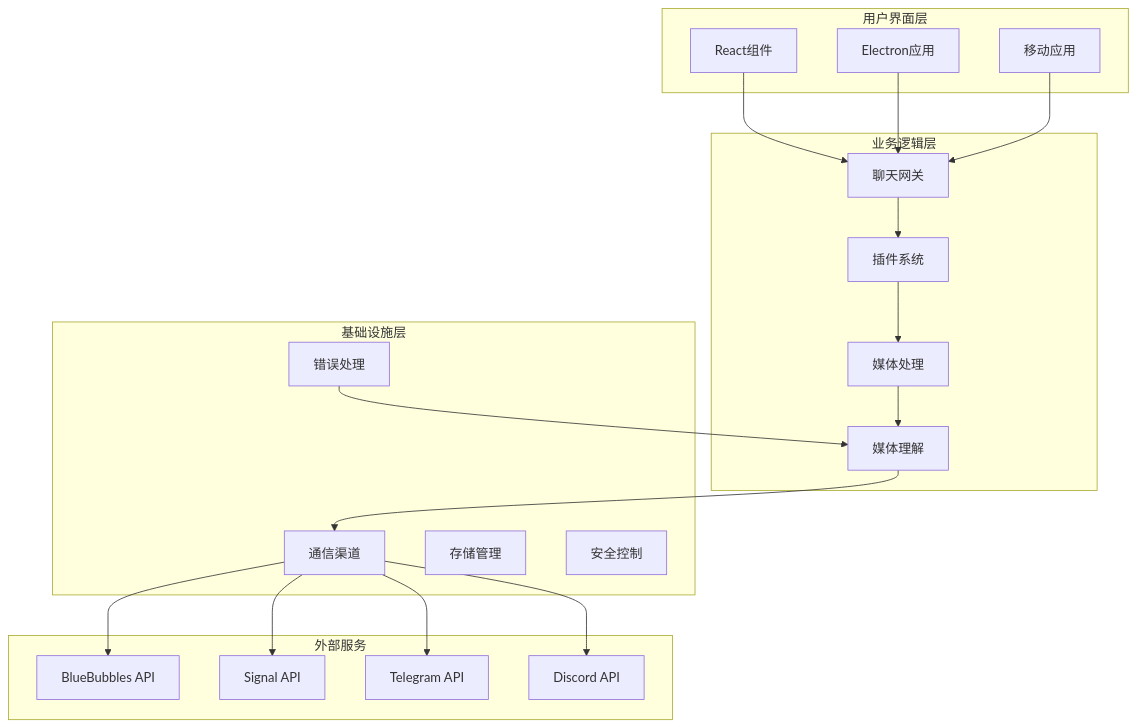
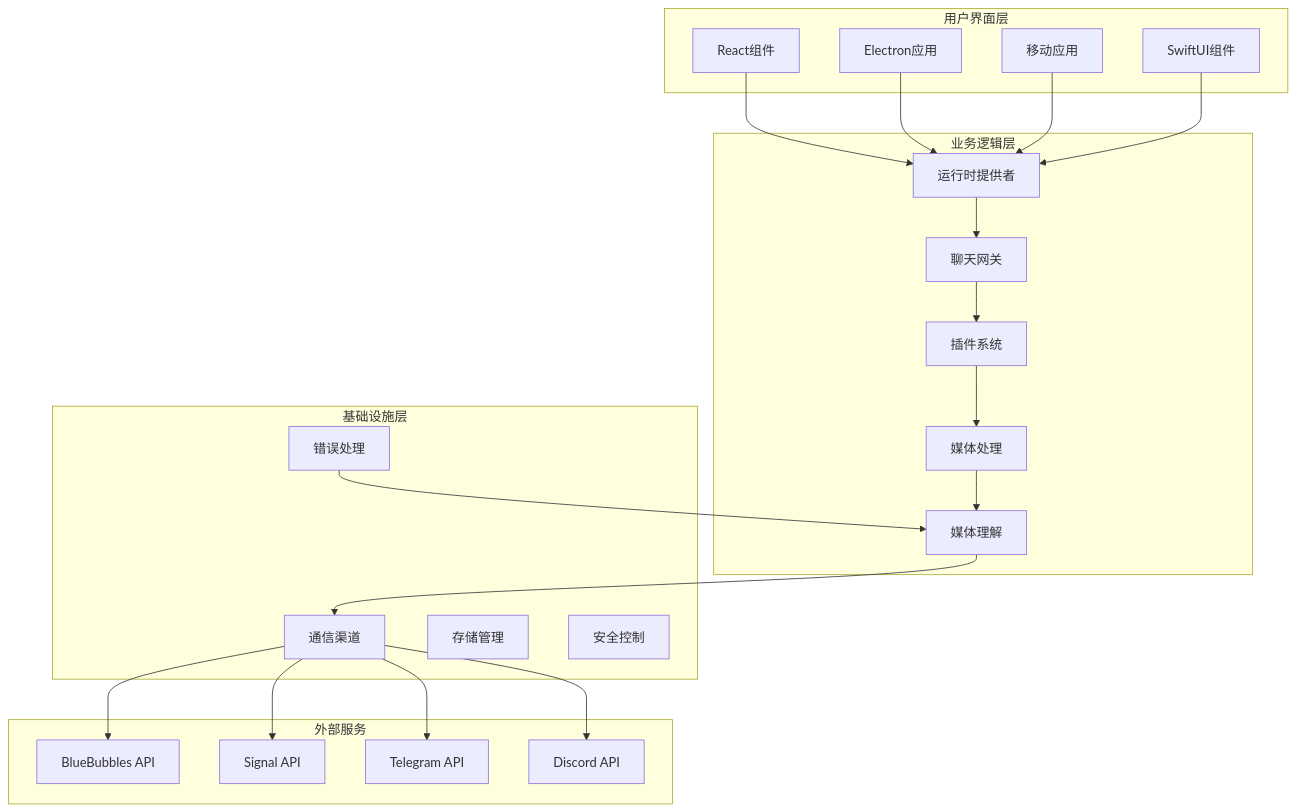
The first of 14 diagrams in .qoder/repowiki/zh/content/Web界面/WebChat界面/聊天附件处理系统.md (verse-ai-org/openclaw), drawn with Mermaid before and after one commit. The commit also changed other lines of this file and 89 other files, not shown here.

````diff
--- a/.qoder/repowiki/zh/content/Web界面/WebChat界面/聊天附件处理系统.md
+++ b/.qoder/repowiki/zh/content/Web界面/WebChat界面/聊天附件处理系统.md
@@ -62,38 +72,42 @@
 ```mermaid
 graph TB
 subgraph "用户界面层"
 UI[React组件]
 Electron[Electron应用]
 Mobile[移动应用]
+SwiftUI[SwiftUI组件]
 end
 subgraph "业务逻辑层"
 Gateway[聊天网关]
 Plugins[插件系统]
 Media[媒体处理]
 MediaUnderstanding[媒体理解]
+Runtime[运行时提供者]
 end
 subgraph "基础设施层"
 Channels[通信渠道]
 Storage[存储管理]
 Security[安全控制]
 ErrorHandling[错误处理]
 end
 subgraph "外部服务"
 BlueBubbles[BlueBubbles API]
 Signal[Signal API]
 Telegram[Telegram API]
 Discord[Discord API]
 end
-UI --> Gateway
-Electron --> Gateway
-Mobile --> Gateway
+UI --> Runtime
+Electron --> Runtime
+Mobile --> Runtime
+SwiftUI --> Runtime
+Runtime --> Gateway
 Gateway --> Plugins
 Plugins --> Media
 Media --> MediaUnderstanding
 MediaUnderstanding --> Channels
 Channels --> BlueBubbles
 Channels --> Signal
 Channels --> Telegram
 Channels --> Discord
 ErrorHandling --> MediaUnderstanding
 ```
````
